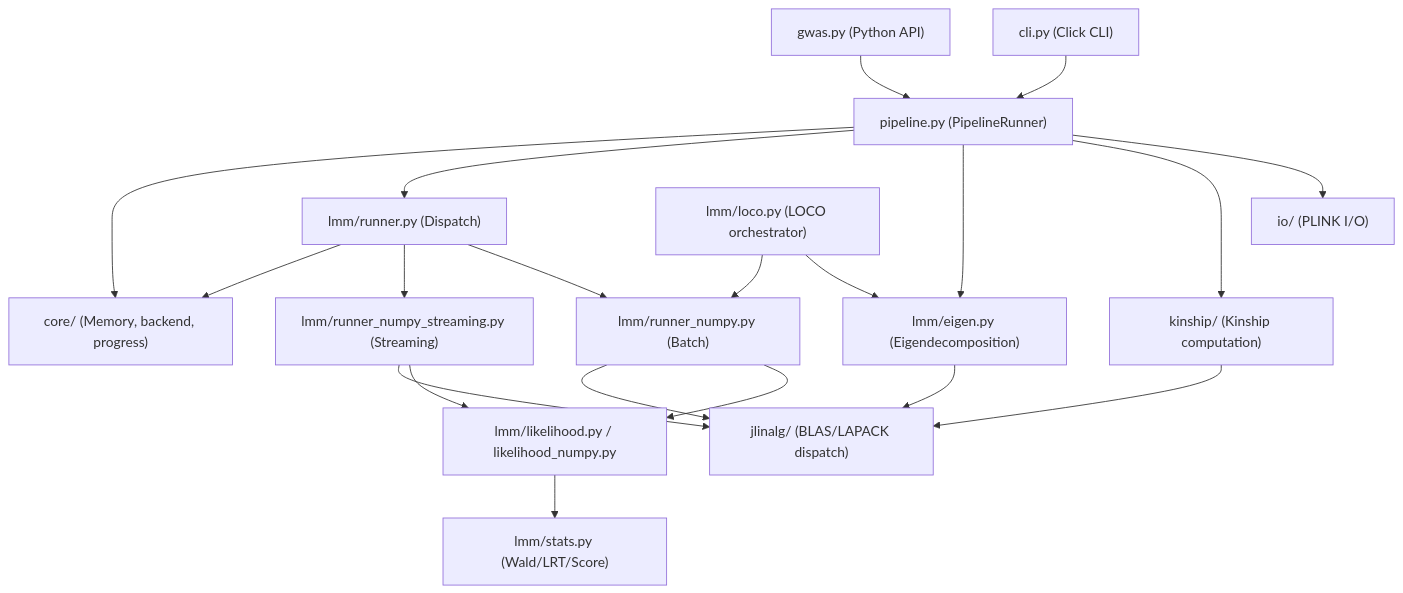
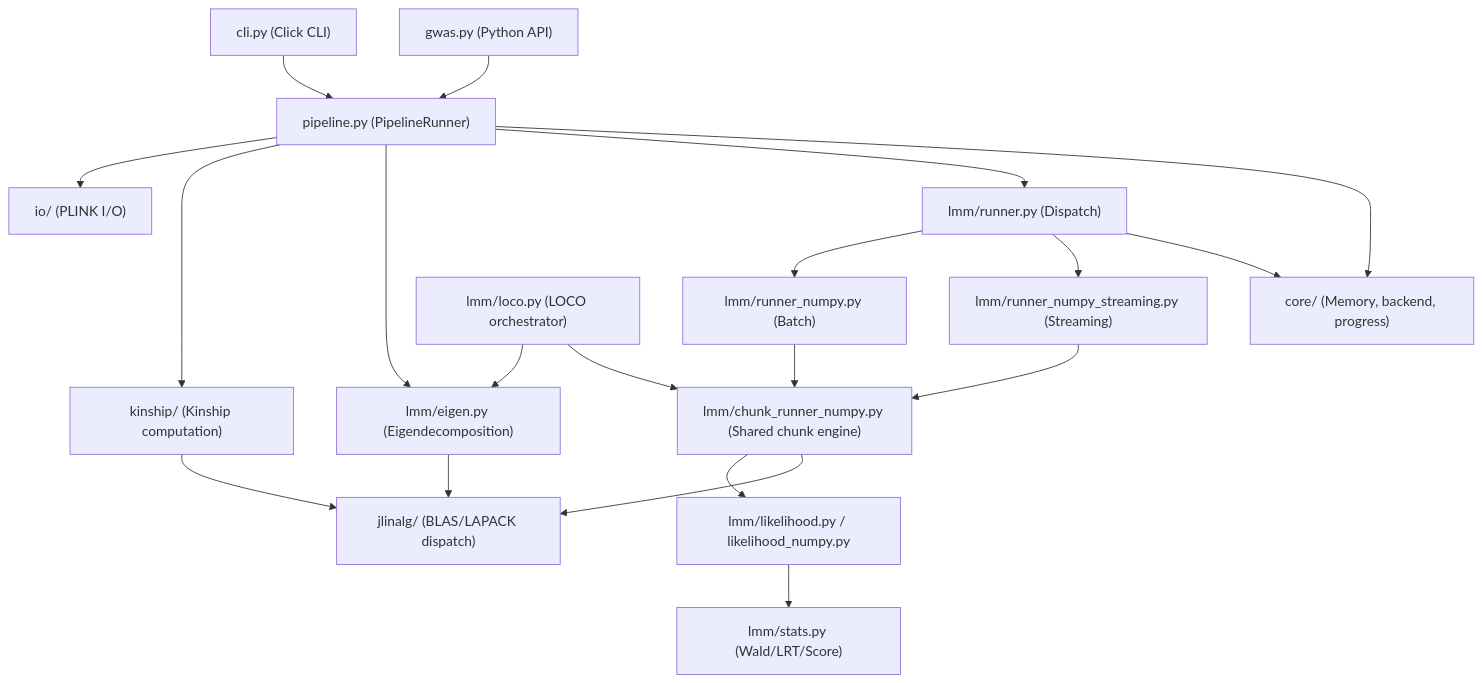
One commit to michael-denyer/jamma changed the diagram in docs/ARCHITECTURE.md. Above: the diagram before and after it, drawn with Mermaid. The commit also changed other lines of this file and 17 other files, not shown here.

Commit message:
Refactor shared LMM chunk runner boundaries

````diff
--- a/docs/ARCHITECTURE.md
+++ b/docs/ARCHITECTURE.md
@@ -9,37 +9,38 @@
 ```mermaid
 graph TD
     CLI["cli.py (Click CLI)"]
     API["gwas.py (Python API)"]
     Pipeline["pipeline.py (PipelineRunner)"]
     IO["io/ (PLINK I/O)"]
     Kinship["kinship/ (Kinship computation)"]
     Eigen["lmm/eigen.py (Eigendecomposition)"]
     Runner["lmm/runner.py (Dispatch)"]
     BatchRunner["lmm/runner_numpy.py (Batch)"]
     StreamRunner["lmm/runner_numpy_streaming.py (Streaming)"]
+    ChunkRunner["lmm/chunk_runner_numpy.py (Shared chunk engine)"]
     Likelihood["lmm/likelihood.py / likelihood_numpy.py"]
     Stats["lmm/stats.py (Wald/LRT/Score)"]
     LOCO["lmm/loco.py (LOCO orchestrator)"]
     jlinalg["jlinalg/ (BLAS/LAPACK dispatch)"]
     Core["core/ (Memory, backend, progress)"]
 
     CLI --> Pipeline
     API --> Pipeline
     Pipeline --> IO
     Pipeline --> Kinship
     Pipeline --> Eigen
     Pipeline --> Runner
     Runner --> BatchRunner
     Runner --> StreamRunner
-    BatchRunner --> Likelihood
-    StreamRunner --> Likelihood
+    BatchRunner --> ChunkRunner
+    StreamRunner --> ChunkRunner
+    ChunkRunner --> Likelihood
     Likelihood --> Stats
     LOCO --> Eigen
-    LOCO --> BatchRunner
+    LOCO --> ChunkRunner
     Kinship --> jlinalg
     Eigen --> jlinalg
-    BatchRunner --> jlinalg
-    StreamRunner --> jlinalg
+    ChunkRunner --> jlinalg
     Pipeline --> Core
     Runner --> Core
 ```
````
